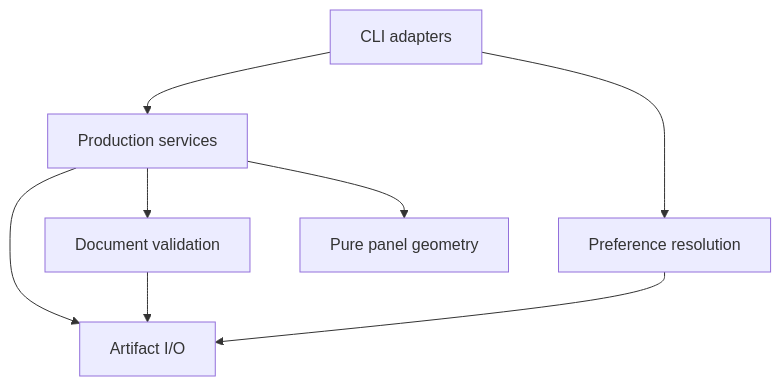
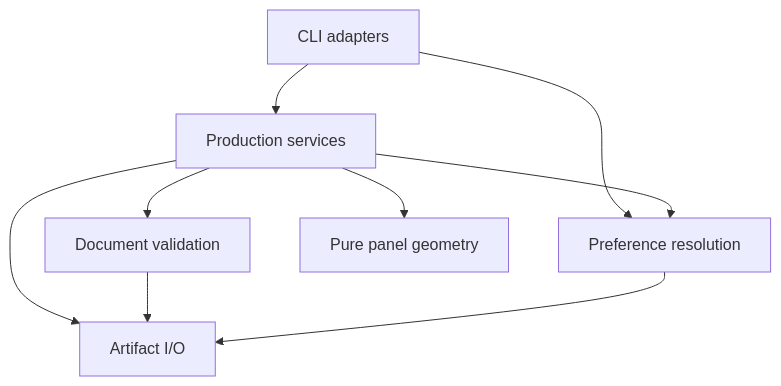
The diagram in docs/architecture.md (Ukannn/codex-novel-to-comic-studio), drawn with Mermaid before and after one commit. The commit also changed other lines of this file and 5 other files, not shown here.

First line of the commit message:
docs: finish architecture contracts and source publication guidance

````diff
--- a/docs/architecture.md
+++ b/docs/architecture.md
@@ -45,10 +50,11 @@
 ```mermaid
 flowchart TD
     C["CLI adapters"] --> S["Production services"]
     C --> P["Preference resolution"]
+    S --> P
     S --> V["Document validation"]
     S --> G["Pure panel geometry"]
     S --> I["Artifact I/O"]
     V --> I
     P --> I
 ```
````
